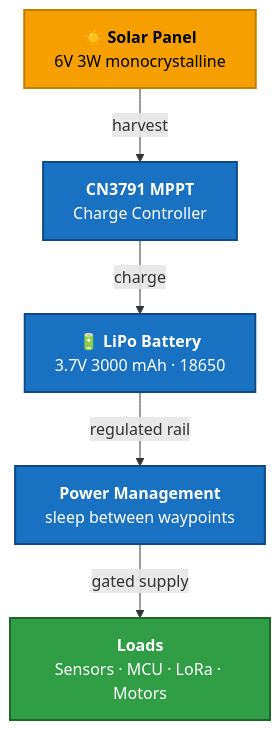
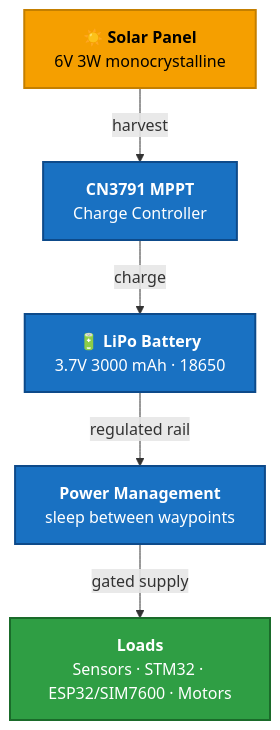
The second of 3 diagrams in profile/README.md (WQM-Project/.github), drawn with Mermaid before and after one commit. The commit also changed other lines of this file, not shown here.

Commit message:
docs: update org architecture diagram to onboard STM32-ESP32 UART + SIM7600 4G/GNSS

````diff
--- a/profile/README.md
+++ b/profile/README.md
@@ -206,20 +202,20 @@
 ```mermaid
 flowchart TB
     SUN["☀️ <b>Solar Panel</b><br/>6V 3W monocrystalline"]
     MPPT["<b>CN3791 MPPT</b><br/>Charge Controller"]
     BAT["🔋 <b>LiPo Battery</b><br/>3.7V 3000 mAh · 18650"]
     PM["<b>Power Management</b><br/>sleep between waypoints"]
-    LOAD["<b>Loads</b><br/>Sensors · MCU · LoRa · Motors"]
+    LOAD["<b>Loads</b><br/>Sensors · STM32 · ESP32/SIM7600 · Motors"]
 
     SUN -->|"harvest"| MPPT
     MPPT -->|"charge"| BAT
     BAT -->|"regulated rail"| PM
     PM -->|"gated supply"| LOAD
 
     classDef src fill:#f59f00,stroke:#c47f00,stroke-width:2px,color:#000000
     classDef mid fill:#1971c2,stroke:#0d4a8a,stroke-width:2px,color:#ffffff
     classDef sink fill:#2f9e44,stroke:#1a6b2a,stroke-width:2px,color:#ffffff
     class SUN src
     class MPPT,BAT,PM mid
     class LOAD sink
 ```
````
